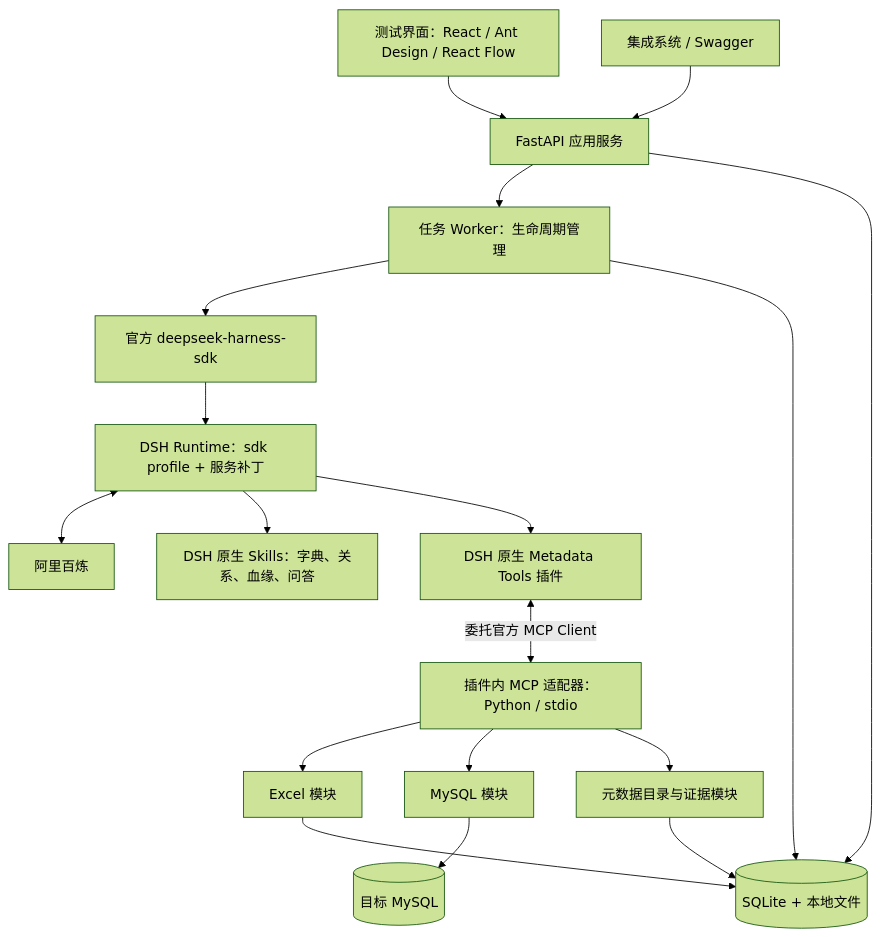
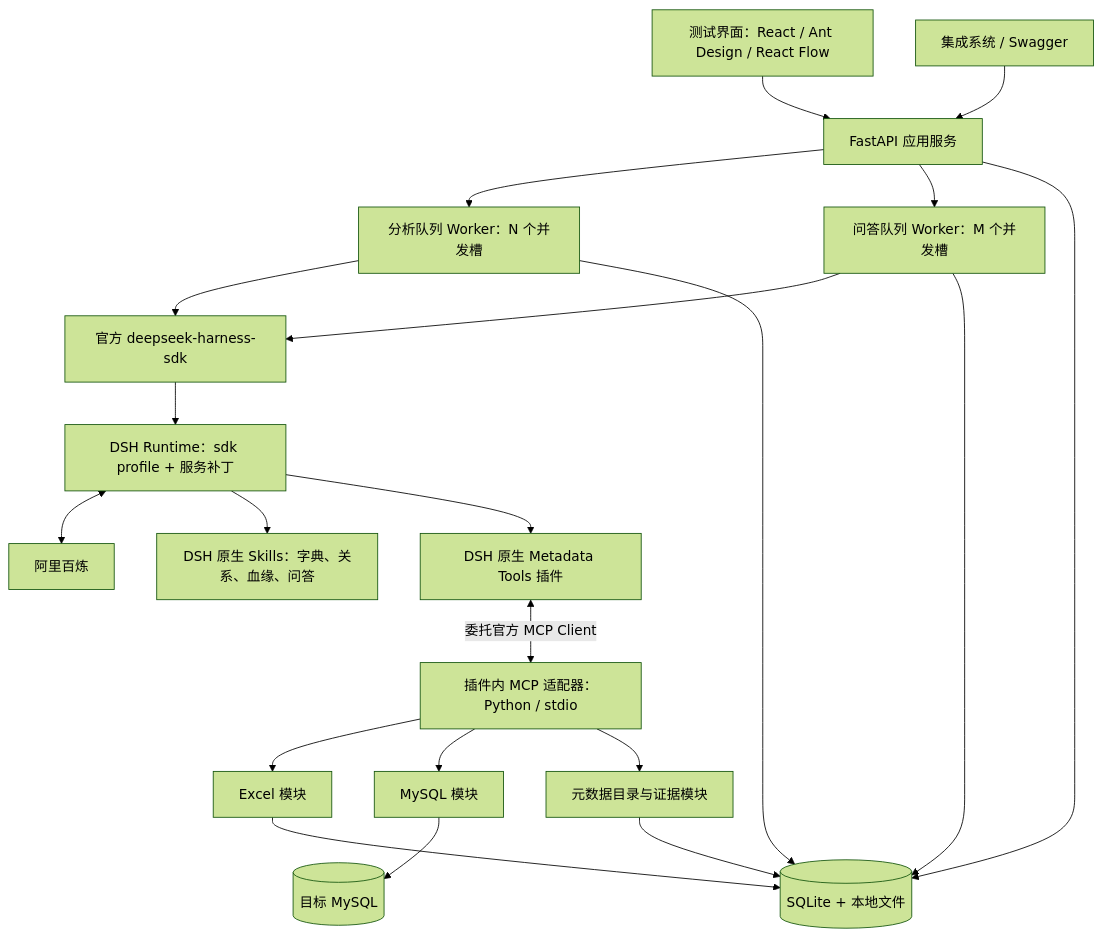
One commit to wang1365/metadata-agent changed the first of 2 diagrams in docs/architecture.md. Above: the diagram before and after it, drawn with Mermaid (forest theme). The commit also changed other lines of this file and 24 other files, not shown here.

````diff
--- a/docs/architecture.md
+++ b/docs/architecture.md
@@ -21,35 +21,39 @@
 ```mermaid
 flowchart TB
     UI[测试界面：React / Ant Design / React Flow]
     CLIENT[集成系统 / Swagger]
     API[FastAPI 应用服务]
-    WORKER[任务 Worker：生命周期管理]
+    WORKER[分析队列 Worker：N 个并发槽]
+    QWORKER[问答队列 Worker：M 个并发槽]
     SDK[官方 deepseek-harness-sdk]
     DSH[DSH Runtime：sdk profile + 服务补丁]
     MODEL[阿里百炼]
     PLUGIN[DSH 原生 Metadata Tools 插件]
     SKILLS[DSH 原生 Skills：字典、关系、血缘、问答]
     MCP[插件内 MCP 适配器：Python / stdio]
     EXCEL[Excel 模块]
     MYSQL[MySQL 模块]
     CATALOG[元数据目录与证据模块]
     STORE[(SQLite + 本地文件)]
     TARGET[(目标 MySQL)]
     UI --> API
     CLIENT --> API
     API --> WORKER
+    API --> QWORKER
     WORKER --> SDK
+    QWORKER --> SDK
     SDK --> DSH
     DSH <--> MODEL
     DSH --> SKILLS
     DSH --> PLUGIN
     PLUGIN <-->|委托官方 MCP Client| MCP
     MCP --> EXCEL
     MCP --> MYSQL
     MCP --> CATALOG
     MYSQL --> TARGET
     EXCEL --> STORE
     CATALOG --> STORE
     API --> STORE
     WORKER --> STORE
+    QWORKER --> STORE
 ```
````
